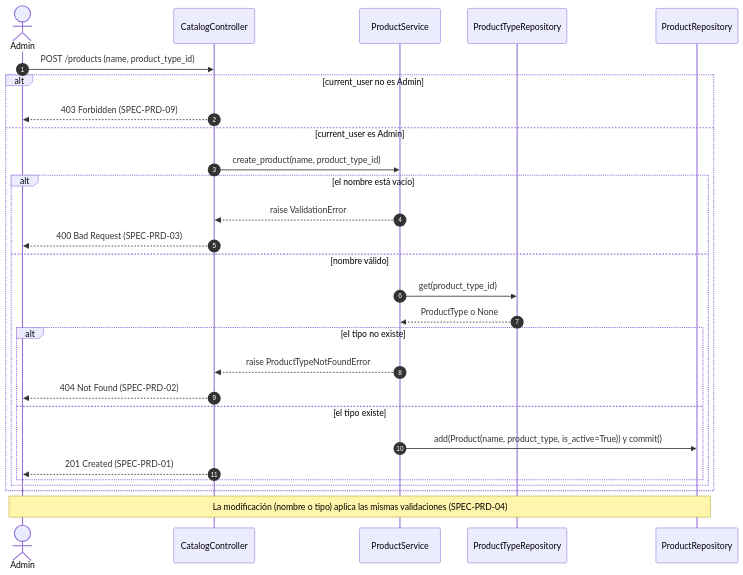
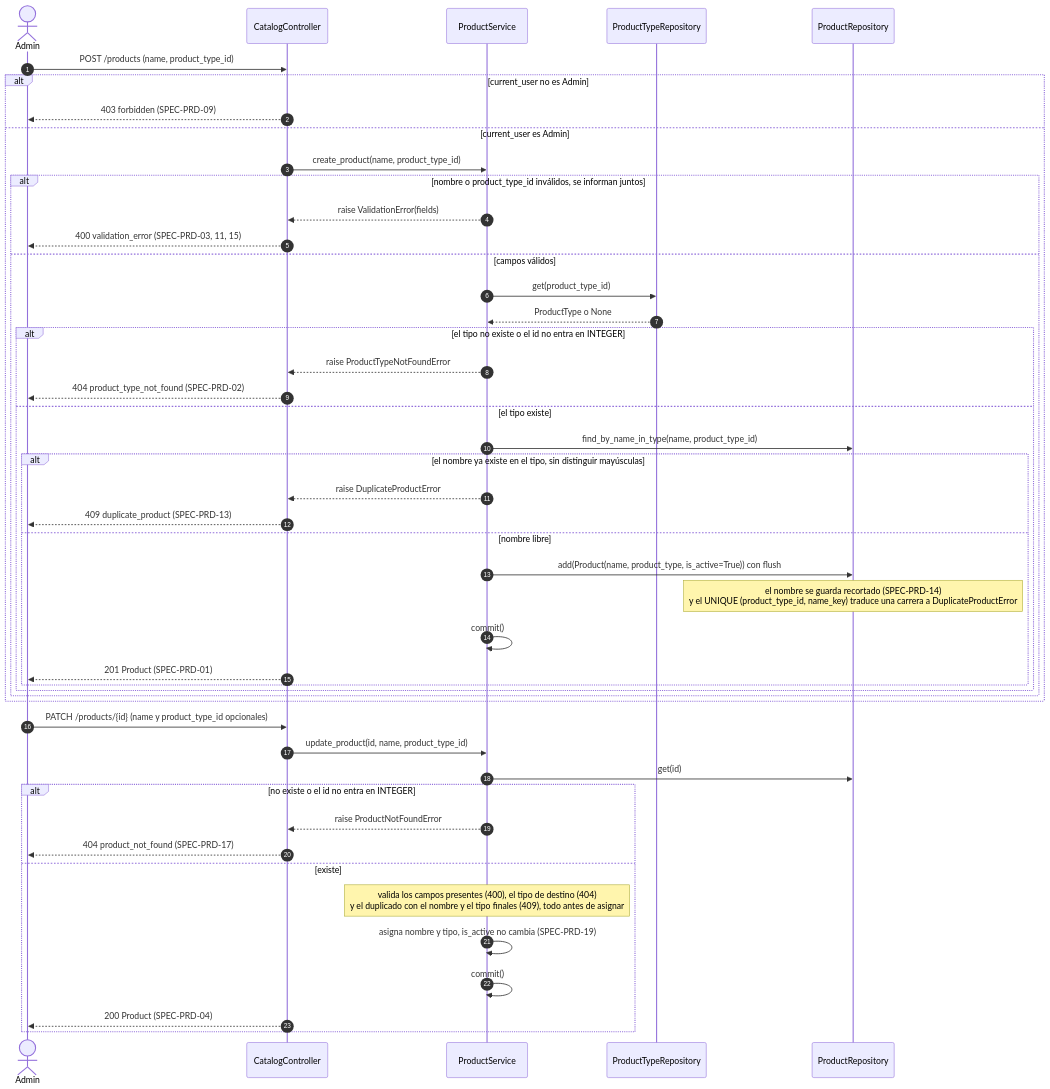
Before and after one commit to Diazfe-dev/AyED-III-python-ticket-service: the first of 3 diagrams in diagrams/sequences/03-products.md, drawn with Mermaid. The commit also changed other lines of this file and 25 other files, not shown here.

Commit message:
feat(product): add products with soft delete, filtered listings and product type delete guard

````diff
--- a/diagrams/sequences/03-products.md
+++ b/diagrams/sequences/03-products.md
@@ -11,32 +11,51 @@
 ```mermaid
 sequenceDiagram
     autonumber
     actor Admin
     participant PC as CatalogController
     participant PS as ProductService
     participant TR as ProductTypeRepository
     participant PR as ProductRepository
 
     Admin->>PC: POST /products (name, product_type_id)
     alt current_user no es Admin
-        PC-->>Admin: 403 Forbidden (SPEC-PRD-09)
+        PC-->>Admin: 403 forbidden (SPEC-PRD-09)
     else current_user es Admin
         PC->>PS: create_product(name, product_type_id)
-        alt el nombre está vacío
-            PS-->>PC: raise ValidationError
-            PC-->>Admin: 400 Bad Request (SPEC-PRD-03)
-        else nombre válido
+        alt nombre o product_type_id inválidos, se informan juntos
+            PS-->>PC: raise ValidationError(fields)
+            PC-->>Admin: 400 validation_error (SPEC-PRD-03, 11, 15)
+        else campos válidos
             PS->>TR: get(product_type_id)
             TR-->>PS: ProductType o None
-            alt el tipo no existe
+            alt el tipo no existe o el id no entra en INTEGER
                 PS-->>PC: raise ProductTypeNotFoundError
-                PC-->>Admin: 404 Not Found (SPEC-PRD-02)
+                PC-->>Admin: 404 product_type_not_found (SPEC-PRD-02)
             else el tipo existe
-                PS->>PR: add(Product(name, product_type, is_active=True)) y commit()
-                PC-->>Admin: 201 Created (SPEC-PRD-01)
+                PS->>PR: find_by_name_in_type(name, product_type_id)
+                alt el nombre ya existe en el tipo, sin distinguir mayúsculas
+                    PS-->>PC: raise DuplicateProductError
+                    PC-->>Admin: 409 duplicate_product (SPEC-PRD-13)
+                else nombre libre
+                    PS->>PR: add(Product(name, product_type, is_active=True)) con flush
+                    Note over PR: el nombre se guarda recortado (SPEC-PRD-14)<br/>y el UNIQUE (product_type_id, name_key) traduce una carrera a DuplicateProductError
+                    PS->>PS: commit()
+                    PC-->>Admin: 201 Product (SPEC-PRD-01)
+                end
             end
         end
     end
 
-    Note over Admin,PR: La modificación (nombre o tipo) aplica las mismas validaciones (SPEC-PRD-04)
+    Admin->>PC: PATCH /products/{id} (name y product_type_id opcionales)
+    PC->>PS: update_product(id, name, product_type_id)
+    PS->>PR: get(id)
+    alt no existe o el id no entra en INTEGER
+        PS-->>PC: raise ProductNotFoundError
+        PC-->>Admin: 404 product_not_found (SPEC-PRD-17)
+    else existe
+        Note over PS: valida los campos presentes (400), el tipo de destino (404)<br/>y el duplicado con el nombre y el tipo finales (409), todo antes de asignar
+        PS->>PS: asigna nombre y tipo, is_active no cambia (SPEC-PRD-19)
+        PS->>PS: commit()
+        PC-->>Admin: 200 Product (SPEC-PRD-04)
+    end
 ```
````
